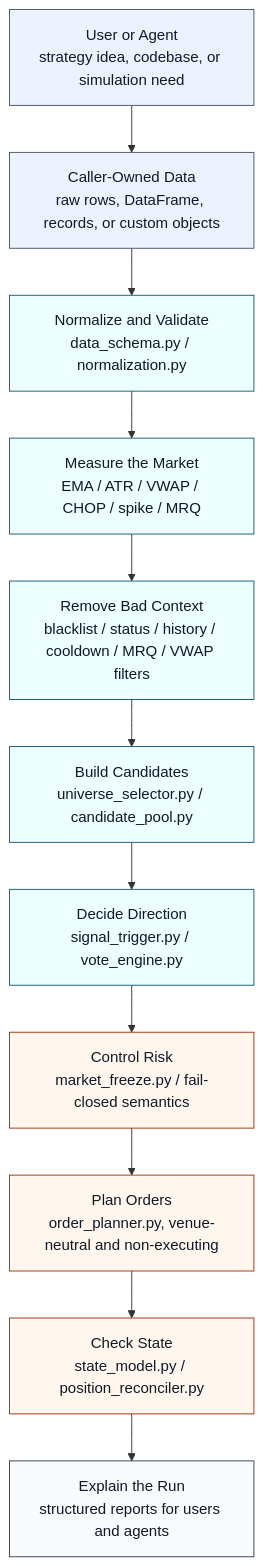
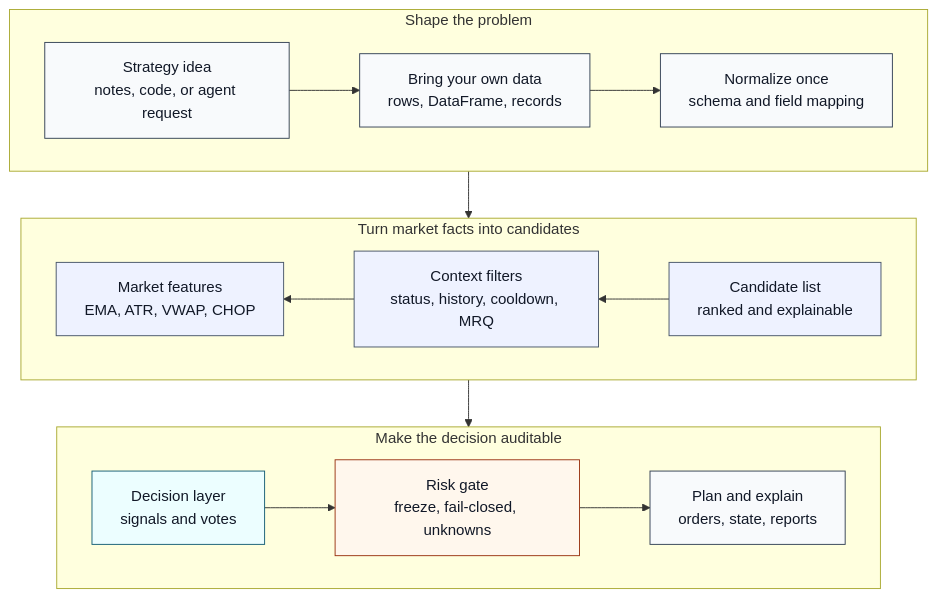
The first of 2 diagrams in README.md (waswrsis/quant-strategy-tokenizer), drawn with Mermaid before and after one commit.

Commit message:
Refine README strategy flow diagram

````diff
--- a/README.md
+++ b/README.md
@@ -23,26 +23,31 @@
 ```mermaid
 flowchart TD
-    A["User or Agent<br/>strategy idea, codebase, or simulation need"]
-    B["Caller-Owned Data<br/>raw rows, DataFrame, records, or custom objects"]
-    C["Normalize and Validate<br/>data_schema.py / normalization.py"]
-    D["Measure the Market<br/>EMA / ATR / VWAP / CHOP / spike / MRQ"]
-    E["Remove Bad Context<br/>blacklist / status / history / cooldown / MRQ / VWAP filters"]
-    F["Build Candidates<br/>universe_selector.py / candidate_pool.py"]
-    G["Decide Direction<br/>signal_trigger.py / vote_engine.py"]
-    H["Control Risk<br/>market_freeze.py / fail-closed semantics"]
-    I["Plan Orders<br/>order_planner.py, venue-neutral and non-executing"]
-    J["Check State<br/>state_model.py / position_reconciler.py"]
-    K["Explain the Run<br/>structured reports for users and agents"]
+    subgraph Row1["Shape the problem"]
+        direction LR
+        A["Strategy idea<br/>notes, code, or agent request"] --> B["Bring your own data<br/>rows, DataFrame, records"] --> C["Normalize once<br/>schema and field mapping"]
+    end
 
-    A --> B --> C --> D --> E --> F --> G --> H --> I --> J --> K
+    subgraph Row2["Turn market facts into candidates"]
+        direction RL
+        F["Candidate list<br/>ranked and explainable"] --> E["Context filters<br/>status, history, cooldown, MRQ"] --> D["Market features<br/>EMA, ATR, VWAP, CHOP"]
+    end
 
-    classDef input fill:#eef2ff,stroke:#475569,color:#111827;
-    classDef compute fill:#ecfeff,stroke:#155e75,color:#111827;
-    classDef risk fill:#fff7ed,stroke:#9a3412,color:#111827;
-    classDef output fill:#f8fafc,stroke:#334155,color:#111827;
+    subgraph Row3["Make the decision auditable"]
+        direction LR
+        G["Decision layer<br/>signals and votes"] --> H["Risk gate<br/>freeze, fail-closed, unknowns"] --> I["Plan and explain<br/>orders, state, reports"]
+    end
 
-    class A,B input;
-    class C,D,E,F,G compute;
-    class H,I,J risk;
-    class K output;
+    C --> D
+    F --> G
+
+    classDef intake fill:#f8fafc,stroke:#334155,color:#111827;
+    classDef research fill:#eef2ff,stroke:#475569,color:#111827;
+    classDef decision fill:#ecfeff,stroke:#155e75,color:#111827;
+    classDef guard fill:#fff7ed,stroke:#9a3412,color:#111827;
+
+    class A,B,C intake;
+    class D,E,F research;
+    class G decision;
+    class H guard;
+    class I intake;
 ```
````
